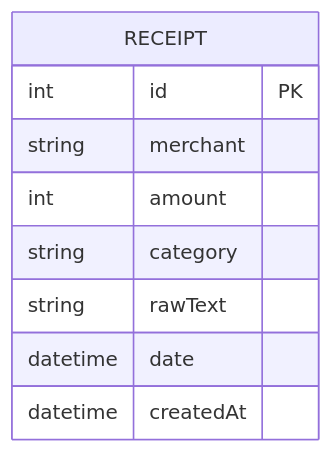
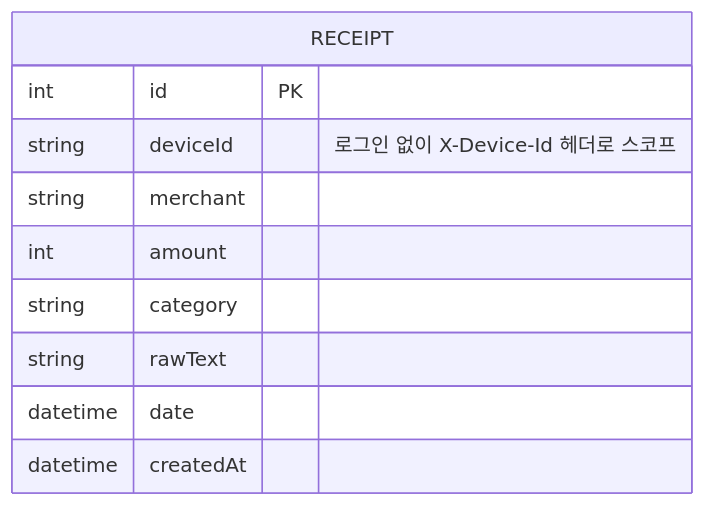
One commit to silverj0805/receipt-scanner-server changed the sixth of 7 diagrams in docs/architecture.md. Above: the diagram before and after it, drawn with Mermaid. The commit also changed other lines of this file and 8 other files, not shown here.

````diff
--- a/docs/architecture.md
+++ b/docs/architecture.md
@@ -171,12 +175,13 @@
 ```mermaid
 erDiagram
     RECEIPT {
         int id PK
+        string deviceId "로그인 없이 X-Device-Id 헤더로 스코프"
         string merchant
         int amount
         string category
         string rawText
         datetime date
         datetime createdAt
     }
 ```
````
